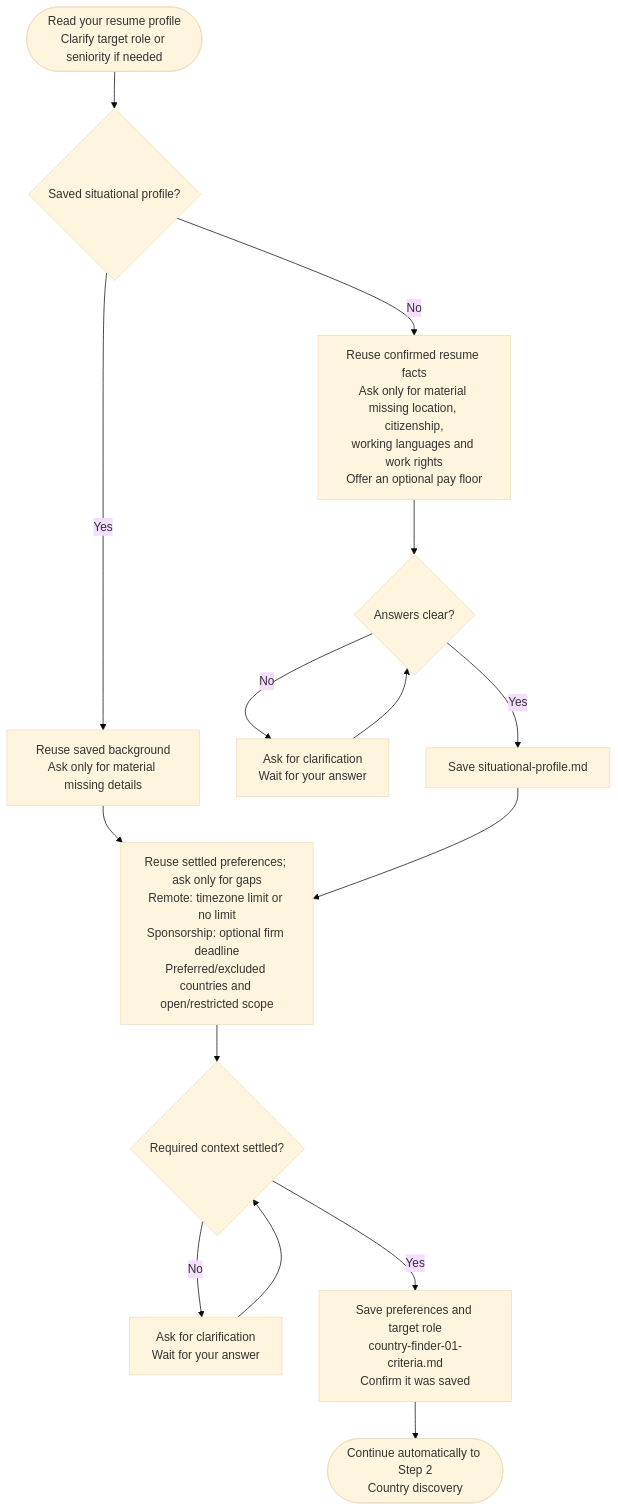
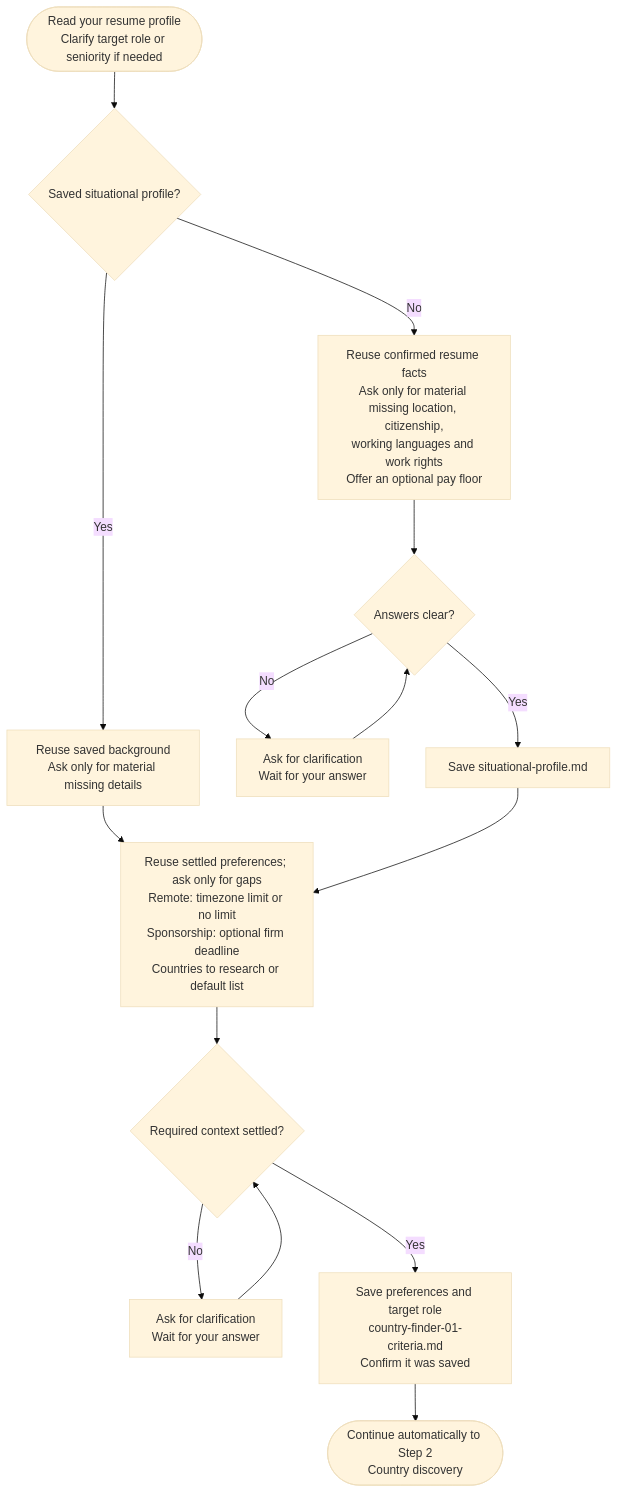
The diagram in docs/commands/country-finder/step1-criteria-intake/detailed.md (myowinthein/agent-compass), drawn with Mermaid (base theme) before and after one commit. The commit also changed other lines of this file and 16 other files, not shown here.

````diff
--- a/docs/commands/country-finder/step1-criteria-intake/detailed.md
+++ b/docs/commands/country-finder/step1-criteria-intake/detailed.md
@@ -24,18 +24,18 @@
 ```mermaid
 flowchart TD
   Start(["Read your resume profile<br/>Clarify target role or seniority if needed"]) --> Existing{"Saved situational profile?"}
   Existing -->|Yes| Reuse["Reuse saved background<br/>Ask only for material missing details"]
   Existing -->|No| Background["Reuse confirmed resume facts<br/>Ask only for material missing location, citizenship,<br/>working languages and work rights<br/>Offer an optional pay floor"]
   Background --> BackgroundClear{"Answers clear?"}
   BackgroundClear -->|No| ClarifyBackground["Ask for clarification<br/>Wait for your answer"]
   ClarifyBackground --> BackgroundClear
   BackgroundClear -->|Yes| SaveBackground["Save situational-profile.md"]
 
-  Reuse --> Criteria["Reuse settled preferences; ask only for gaps<br/>Remote: timezone limit or no limit<br/>Sponsorship: optional firm deadline<br/>Preferred/excluded countries and open/restricted scope"]
+  Reuse --> Criteria["Reuse settled preferences; ask only for gaps<br/>Remote: timezone limit or no limit<br/>Sponsorship: optional firm deadline<br/>Countries to research or default list"]
   SaveBackground --> Criteria
   Criteria --> CriteriaClear{"Required context settled?"}
   CriteriaClear -->|No| ClarifyCriteria["Ask for clarification<br/>Wait for your answer"]
   ClarifyCriteria --> CriteriaClear
   CriteriaClear -->|Yes| Save["Save preferences and target role<br/>country-finder-01-criteria.md<br/>Confirm it was saved"]
   Save --> Continue(["Continue automatically to Step 2<br/>Country discovery"])
 ```
````
